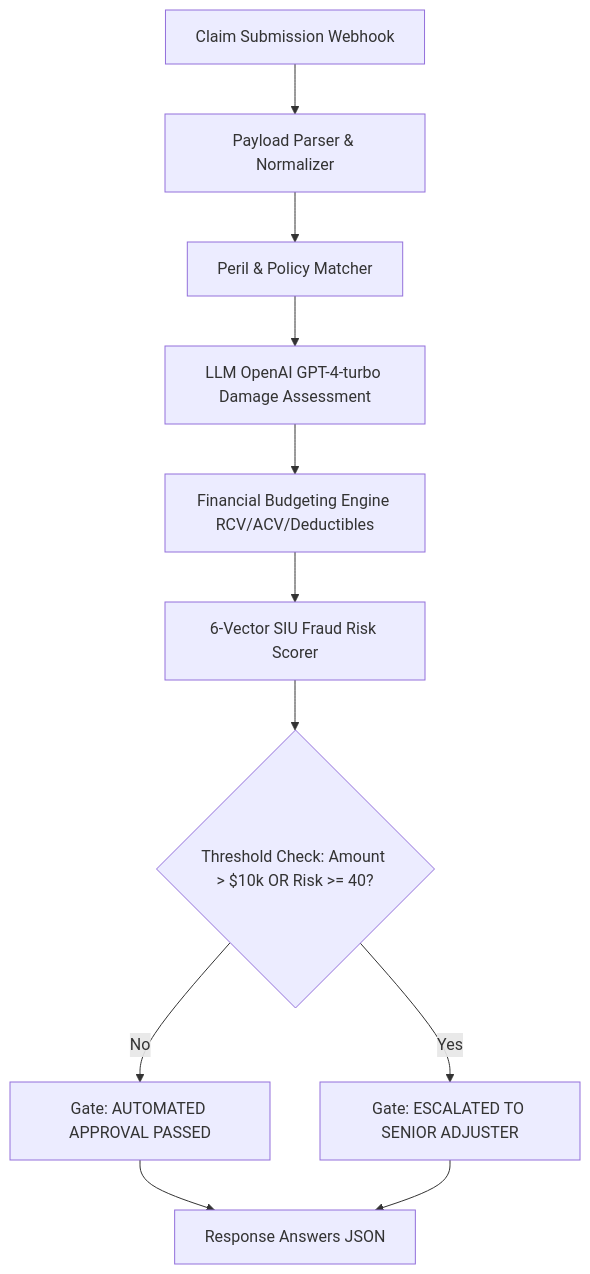
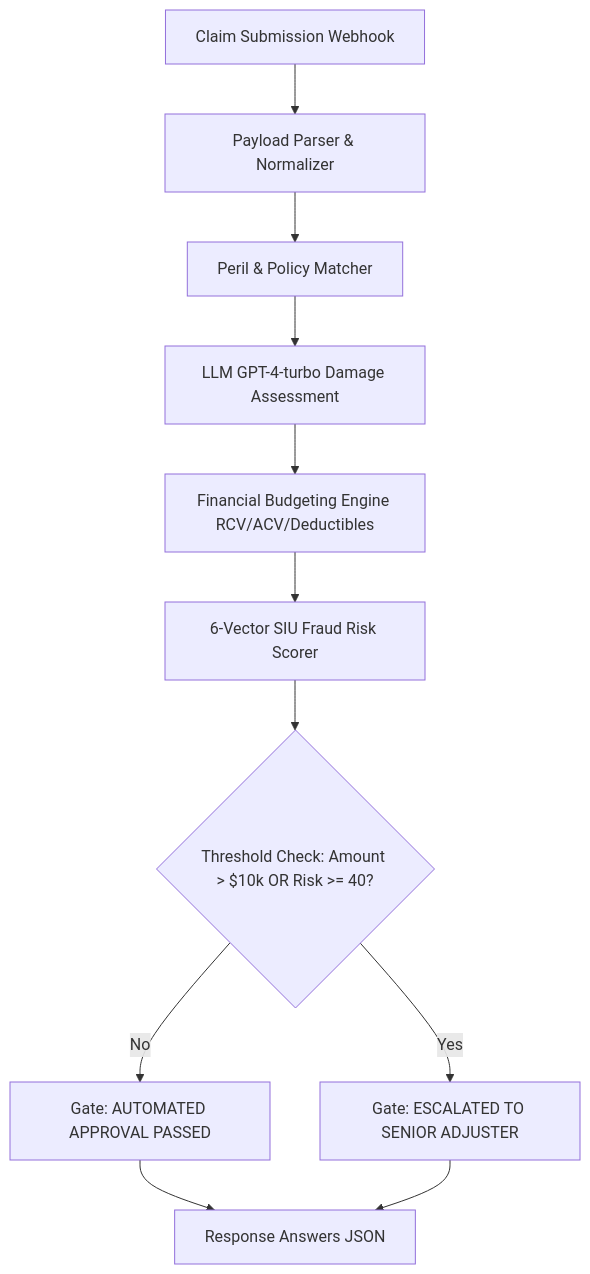
Before and after one commit to tarunagnihotri534/ClaimVertex: the first of 3 diagrams in explain.md, drawn with Mermaid. The commit also changed other lines of this file and 23 other files, not shown here.

````diff
--- a/explain.md
+++ b/explain.md
@@ -109,13 +106,13 @@
 ```mermaid
 graph TD
     A[Claim Submission Webhook] --> B[Payload Parser & Normalizer]
     B --> C[Peril & Policy Matcher]
-    C --> D[LLM OpenAI GPT-4-turbo Damage Assessment]
+    C --> D[LLM GPT-4-turbo Damage Assessment]
     D --> E[Financial Budgeting Engine RCV/ACV/Deductibles]
     E --> F[6-Vector SIU Fraud Risk Scorer]
     F --> G{Threshold Check: Amount > $10k OR Risk >= 40?}
     G -- No --> H[Gate: AUTOMATED APPROVAL PASSED]
     G -- Yes --> I[Gate: ESCALATED TO SENIOR ADJUSTER]
     H --> J[Response Answers JSON]
     I --> J[Response Answers JSON]
 ```
````
